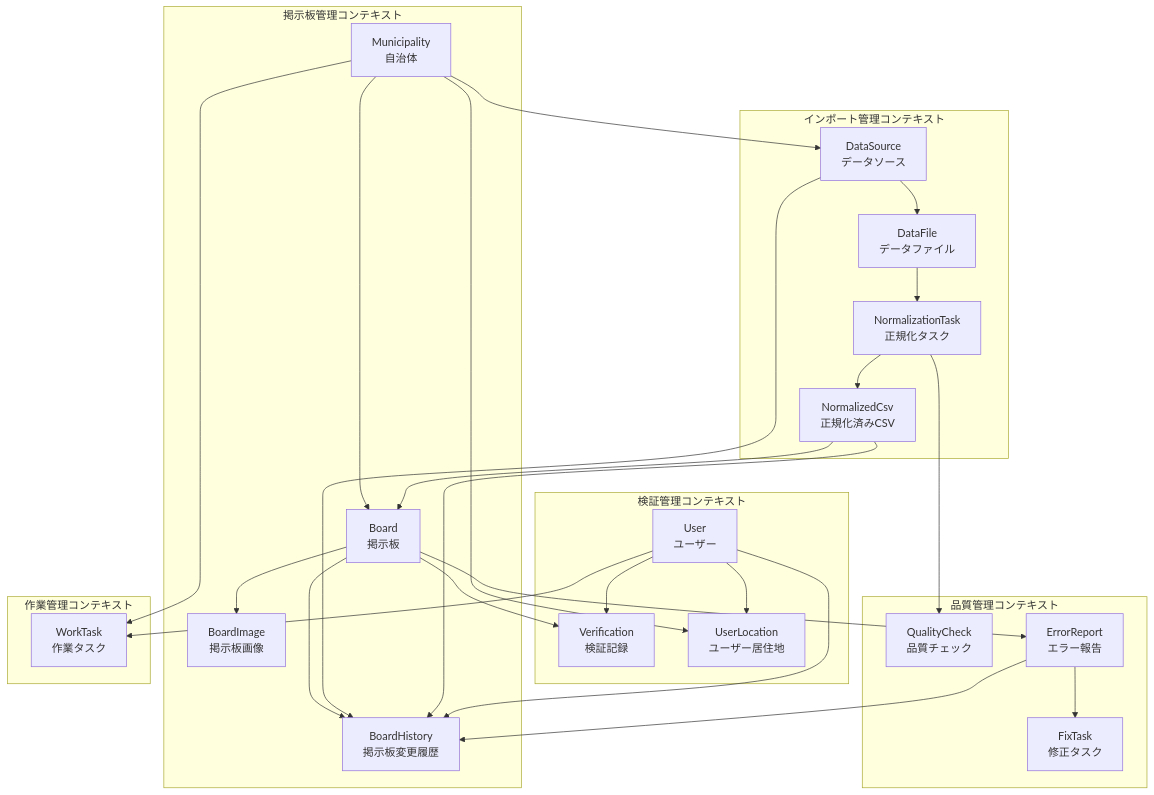
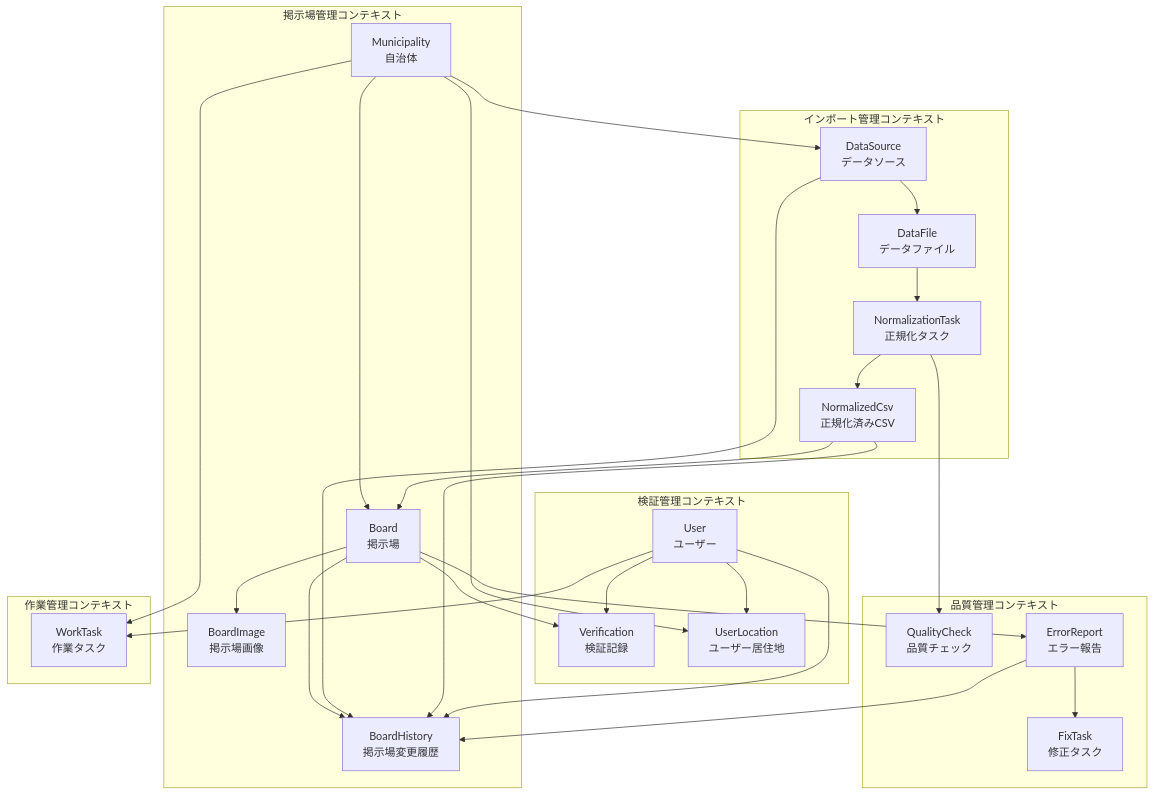
Before and after one commit to team-mirai-volunteer/polister: the first of 7 diagrams in docs/docs/development/database/domain-design.md, drawn with Mermaid. The commit also changed other lines of this file and 87 other files, not shown here.

````diff
--- a/docs/docs/development/database/domain-design.md
+++ b/docs/docs/development/database/domain-design.md
@@ -31,58 +31,58 @@
 ```mermaid
 graph TB
-    subgraph "掲示板管理コンテキスト"
-        Board[Board<br/>掲示板]
+    subgraph "掲示場管理コンテキスト"
+        Board[Board<br/>掲示場]
         Municipality[Municipality<br/>自治体]
-        BoardImage[BoardImage<br/>掲示板画像]
-        BoardHistory[BoardHistory<br/>掲示板変更履歴]
+        BoardImage[BoardImage<br/>掲示場画像]
+        BoardHistory[BoardHistory<br/>掲示場変更履歴]
     end
 
     subgraph "検証管理コンテキスト"
         Verification[Verification<br/>検証記録]
         User[User<br/>ユーザー]
         UserLocation[UserLocation<br/>ユーザー居住地]
     end
 
     subgraph "インポート管理コンテキスト"
         DataSource[DataSource<br/>データソース]
         DataFile[DataFile<br/>データファイル]
         NormalizationTask[NormalizationTask<br/>正規化タスク]
         NormalizedCsv[NormalizedCsv<br/>正規化済みCSV]
     end
 
     subgraph "品質管理コンテキスト"
         QualityCheck[QualityCheck<br/>品質チェック]
         ErrorReport[ErrorReport<br/>エラー報告]
         FixTask[FixTask<br/>修正タスク]
     end
 
     subgraph "作業管理コンテキスト"
         WorkTask[WorkTask<br/>作業タスク]
     end
 
     Municipality --> Board
     Board --> Verification
     Board --> BoardImage
     Board --> BoardHistory
     User --> Verification
     User --> UserLocation
     Municipality --> UserLocation
 
     Municipality --> DataSource
     DataSource --> DataFile
     DataFile --> NormalizationTask
     NormalizationTask --> NormalizedCsv
     NormalizedCsv --> Board
 
     NormalizationTask --> QualityCheck
     Board --> ErrorReport
     ErrorReport --> FixTask
 
     Municipality --> WorkTask
     User --> WorkTask
 
     DataSource --> BoardHistory
     NormalizedCsv --> BoardHistory
     ErrorReport --> BoardHistory
     User --> BoardHistory
 ```
````
